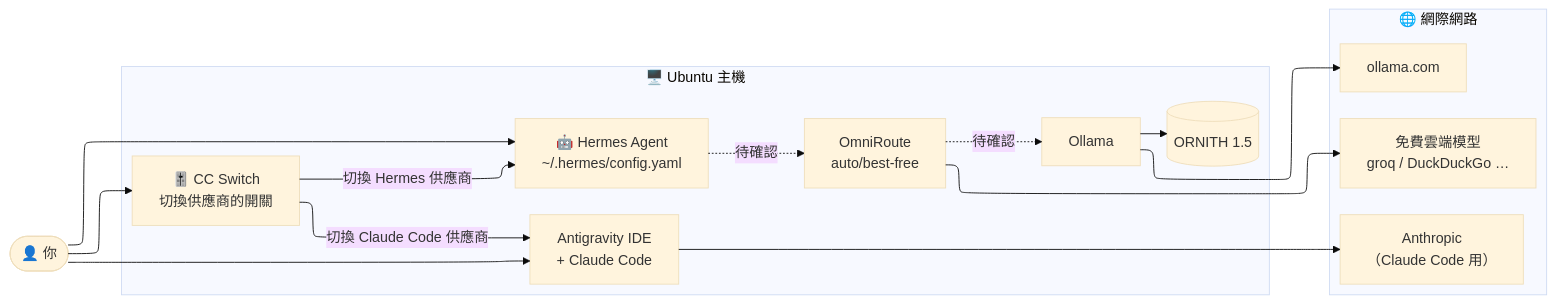
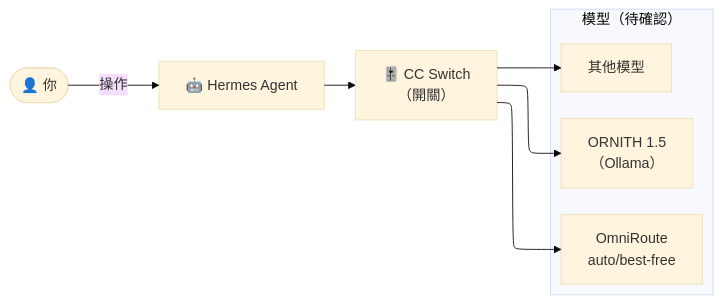
Before and after one commit to puBILYYEN/test: the diagram in hermes-sandbox/architecture-before.mmd, drawn with Mermaid (base theme). The commit also changed 1 other file, not shown here.

Commit message:
Fix pre-sandbox diagram: Hermes -> CC Switch -> models
Claude-Session: https://claude.ai/code/session_01WirDqXFnyExysTDHXtB3QR

```diff
--- a/hermes-sandbox/architecture-before.mmd
+++ b/hermes-sandbox/architecture-before.mmd
@@ -1,39 +1,24 @@
 ---
 config:
   layout: elk
 ---
 %% 加入沙盒之前的 AI 系統架構（Ubuntu）
-%% 實線 = 確定的連線　虛線 = 我推測的，待你確認
+%% 你 → Hermes → CC Switch → 各個模型
+%% 右邊「模型」裡面的清單是我推測的，待你確認
 flowchart LR
     user(["👤 你"])
+    hermes["🤖 Hermes Agent"]
+    ccs["🎚️ CC Switch<br/>（開關）"]
 
-    subgraph host["🖥️ Ubuntu 主機"]
+    subgraph models["模型（待確認）"]
         direction TB
-        ccs["🎚️ CC Switch<br/>切換供應商的開關"]
-        ide["Antigravity IDE<br/>+ Claude Code"]
-        hermes["🤖 Hermes Agent<br/>~/.hermes/config.yaml"]
+        ornith["ORNITH 1.5<br/>（Ollama）"]
         omni["OmniRoute<br/>auto/best-free"]
-        ollama["Ollama"]
-        model[("ORNITH 1.5")]
+        other["其他模型"]
     end
 
-    subgraph internet["🌐 網際網路"]
-        ollamacom["ollama.com"]
-        cloud["免費雲端模型<br/>groq / DuckDuckGo …"]
-        anthropic["Anthropic<br/>（Claude Code 用）"]
-    end
-
-    user --> ccs
-    user --> ide
-    user --> hermes
-
-    ccs -->|"切換 Hermes 供應商"| hermes
-    ccs -->|"切換 Claude Code 供應商"| ide
-
-    hermes -.->|"待確認"| omni
-    omni -.->|"待確認"| ollama
-    ollama --> model
-
-    ide --> anthropic
-    omni --> cloud
-    ollama --> ollamacom
+    user -->|"操作"| hermes
+    hermes --> ccs
+    ccs --> ornith
+    ccs --> omni
+    ccs --> other
```
